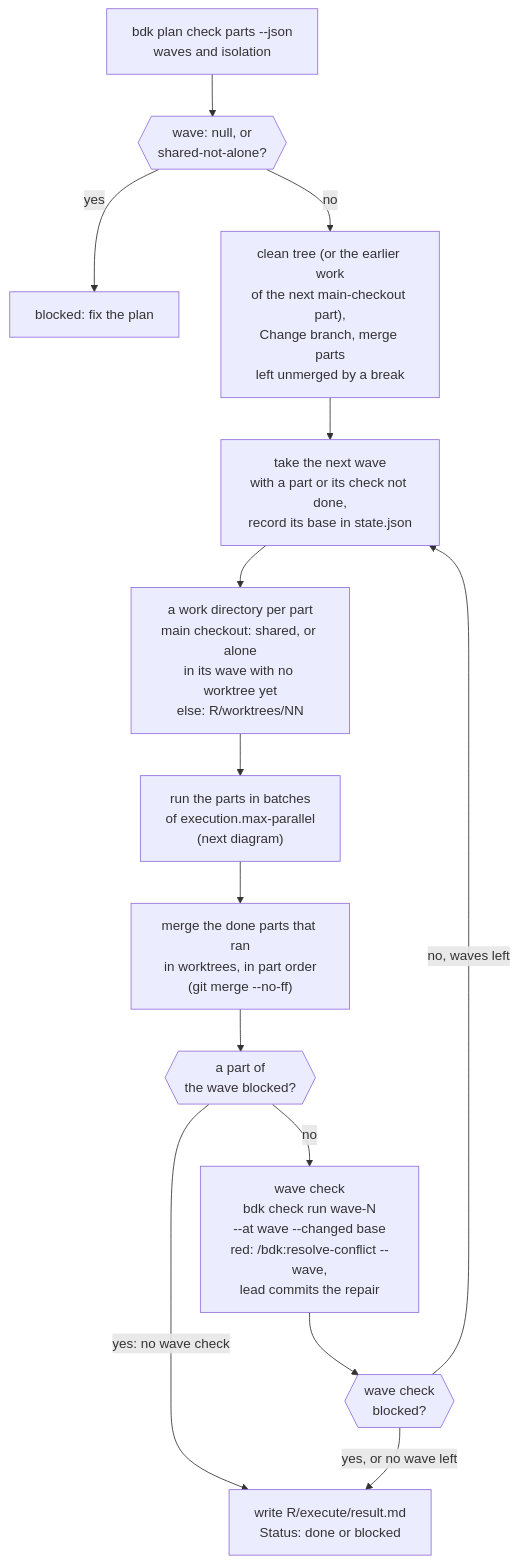
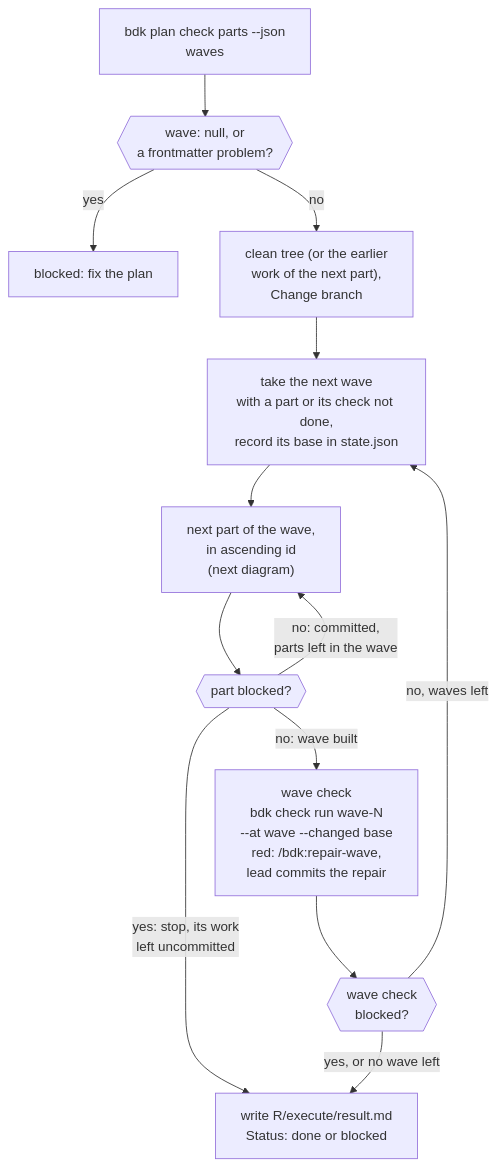
Before and after one commit to broneq/bdk: the sixth of 15 diagrams in docs/concepts/orchestrators.md, drawn with Mermaid. The commit also changed other lines of this file and 185 other files, not shown here.

First line of the commit message:
feat(execute)!: build every part in the main checkout, one at a time

````diff
--- a/docs/concepts/orchestrators.md
+++ b/docs/concepts/orchestrators.md
@@ -128,16 +128,15 @@
 ```mermaid
 flowchart TB
-  W0["bdk plan check parts --json<br/>waves and isolation"] --> W1{{"wave: null, or<br/>shared-not-alone?"}}
+  W0["bdk plan check parts --json<br/>waves"] --> W1{{"wave: null, or<br/>a frontmatter problem?"}}
   W1 -->|"yes"| BL0["blocked: fix the plan"]
-  W1 -->|"no"| W2["clean tree (or the earlier work<br/>of the next main-checkout part),<br/>Change branch, merge parts<br/>left unmerged by a break"]
+  W1 -->|"no"| W2["clean tree (or the earlier<br/>work of the next part),<br/>Change branch"]
   W2 --> W3["take the next wave<br/>with a part or its check not done,<br/>record its base in state.json"]
-  W3 --> W4["a work directory per part<br/>main checkout: shared, or alone<br/>in its wave with no worktree yet<br/>else: R/worktrees/NN"]
-  W4 --> W5["run the parts in batches<br/>of execution.max-parallel<br/>(next diagram)"]
-  W5 --> W6["merge the done parts that ran<br/>in worktrees, in part order<br/>(git merge --no-ff)"]
-  W6 --> PB{{"a part of<br/>the wave blocked?"}}
-  PB -->|"no"| WC["wave check<br/>bdk check run wave-N<br/>--at wave --changed base<br/>red: /bdk:resolve-conflict --wave,<br/>lead commits the repair"]
-  PB -->|"yes: no wave check"| RES
+  W3 --> W5["next part of the wave,<br/>in ascending id<br/>(next diagram)"]
+  W5 --> PB{{"part blocked?"}}
+  PB -->|"no: committed,<br/>parts left in the wave"| W5
+  PB -->|"yes: stop, its work<br/>left uncommitted"| RES
+  PB -->|"no: wave built"| WC["wave check<br/>bdk check run wave-N<br/>--at wave --changed base<br/>red: /bdk:repair-wave,<br/>lead commits the repair"]
   WC --> NW{{"wave check<br/>blocked?"}}
   NW -->|"no, waves left"| W3
   NW -->|"yes, or no wave left"| RES["write R/execute/result.md<br/>Status: done or blocked"]
 ```
````
